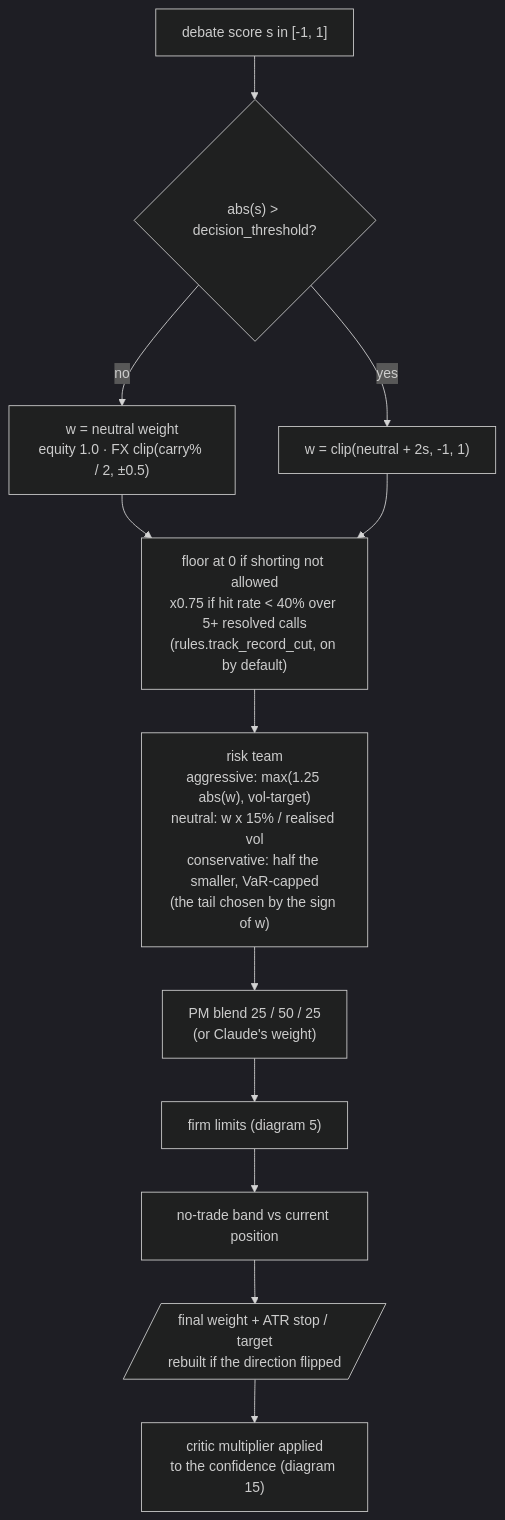
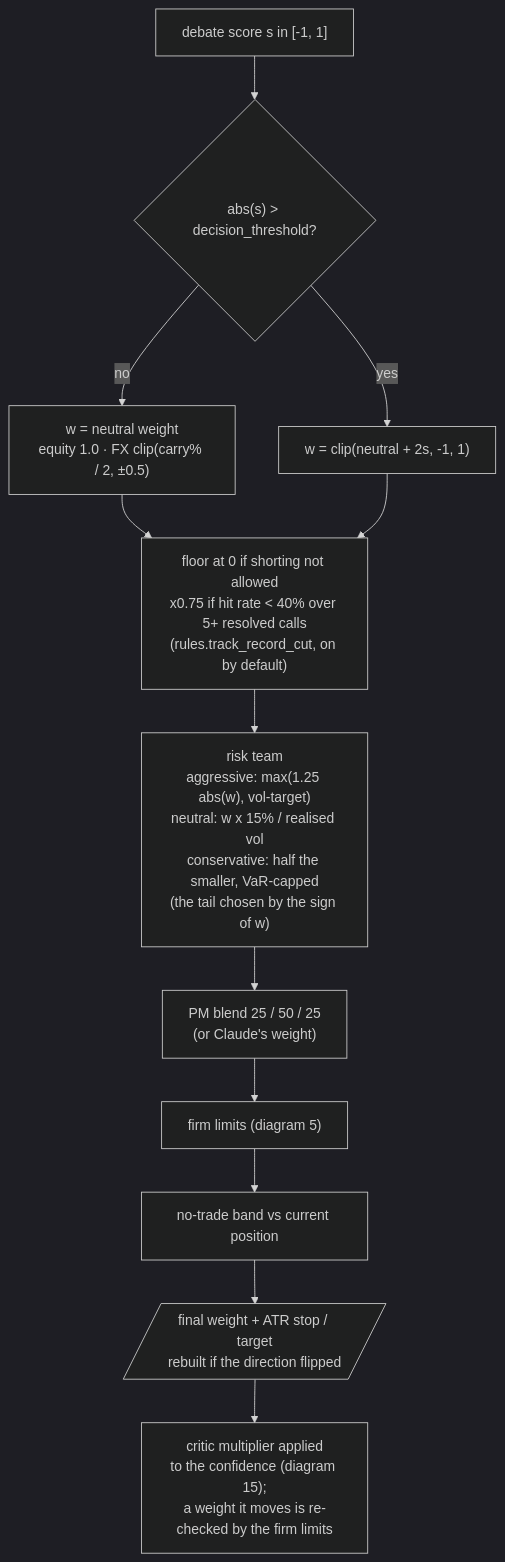
Before and after one commit to AshJha0/agentic-trader: the fourth of 45 diagrams in docs/DIAGRAMS.md, drawn with Mermaid (dark theme). The commit also changed other lines of this file and 1 other file, not shown here.

Commit message:
Diagrams: the critic's moved weight goes through the guardrails again (4, 6, 15, 41, architecture)

````diff
--- a/docs/DIAGRAMS.md
+++ b/docs/DIAGRAMS.md
@@ -202,14 +202,14 @@
 ```mermaid
 flowchart TD
     SC["debate score s in [-1, 1]"] --> TH{"abs(s) > decision_threshold?"}
     TH -- no --> NW["w = neutral weight<br/>equity 1.0 · FX clip(carry% / 2, ±0.5)"]
     TH -- yes --> TL["w = clip(neutral + 2s, -1, 1)"]
     NW --> SH["floor at 0 if shorting not allowed<br/>x0.75 if hit rate < 40% over 5+ resolved calls<br/>(rules.track_record_cut, on by default)"]
     TL --> SH
     SH --> RV["risk team<br/>aggressive: max(1.25 abs(w), vol-target)<br/>neutral: w x 15% / realised vol<br/>conservative: half the smaller, VaR-capped<br/>(the tail chosen by the sign of w)"]
     RV --> BL["PM blend 25 / 50 / 25<br/>(or Claude's weight)"]
     BL --> LIM["firm limits (diagram 5)"]
     LIM --> BD["no-trade band vs current position"]
     BD --> FIN[/"final weight + ATR stop / target<br/>rebuilt if the direction flipped"/]
-    FIN --> CR["critic multiplier applied<br/>to the confidence (diagram 15)"]
+    FIN --> CR["critic multiplier applied<br/>to the confidence (diagram 15);<br/>a weight it moves is re-checked by the firm limits"]
 ```
````
